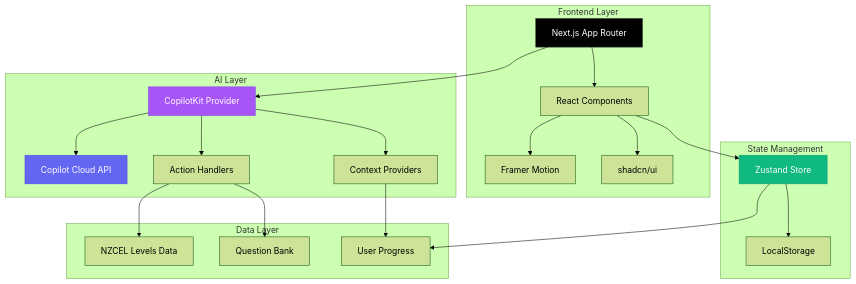
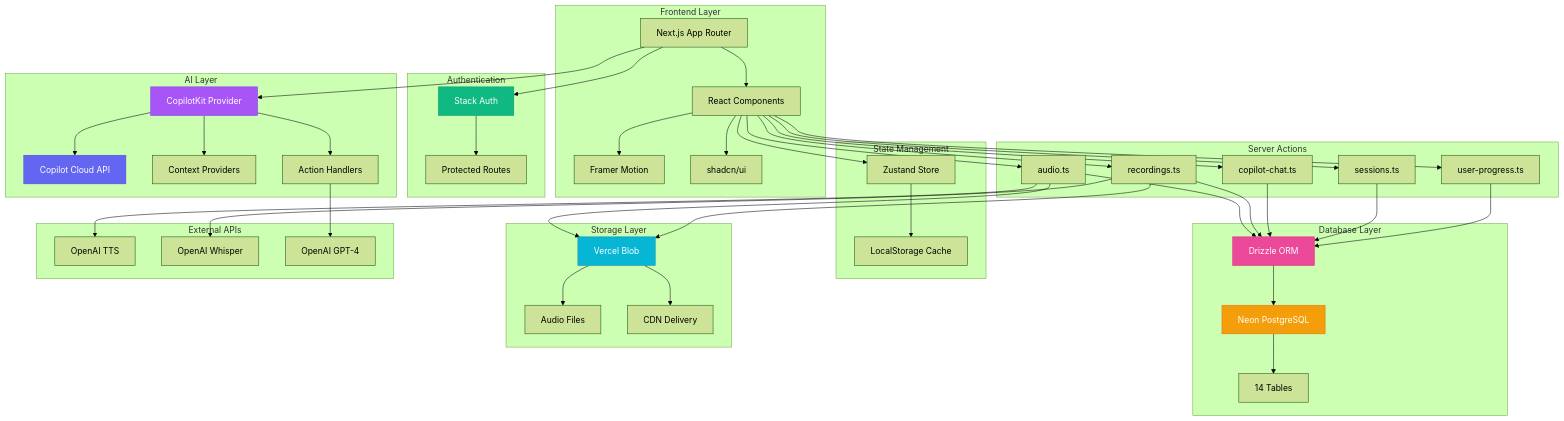
Before and after one commit to ChanMeng666/esol-learning-platform: the third of 12 diagrams in README.md, drawn with Mermaid (forest theme). The commit also changed other lines of this file and 2 other files, not shown here.

````diff
--- a/README.md
+++ b/README.md
@@ -134,40 +138,84 @@
         D[shadcn/ui]
     end
 
+    subgraph "Authentication"
+        E[Stack Auth]
+        F[Protected Routes]
+    end
+
     subgraph "State Management"
-        E[Zustand Store]
-        F[LocalStorage]
+        G[Zustand Store]
+        H[LocalStorage Cache]
     end
 
     subgraph "AI Layer"
-        G[CopilotKit Provider]
-        H[Copilot Cloud API]
-        I[Context Providers]
-        J[Action Handlers]
+        I[CopilotKit Provider]
+        J[Copilot Cloud API]
+        K[Context Providers]
+        L[Action Handlers]
     end
 
-    subgraph "Data Layer"
-        K[NZCEL Levels Data]
-        L[Question Bank]
-        M[User Progress]
+    subgraph "Server Actions"
+        M[audio.ts]
+        N[recordings.ts]
+        O[copilot-chat.ts]
+        P[sessions.ts]
+        Q[user-progress.ts]
+    end
+
+    subgraph "Database Layer"
+        R[Drizzle ORM]
+        S[Neon PostgreSQL]
+        T[14 Tables]
+    end
+
+    subgraph "Storage Layer"
+        U[Vercel Blob]
+        V[Audio Files]
+        W[CDN Delivery]
+    end
+
+    subgraph "External APIs"
+        X[OpenAI TTS]
+        Y[OpenAI Whisper]
+        Z[OpenAI GPT-4]
     end
 
     A --> B
     B --> C
     B --> D
-    B --> E
+    A --> E
     E --> F
-    A --> G
+    B --> G
     G --> H
-    G --> I
-    G --> J
-    I --> M
-    J --> K
-    J --> L
-    E --> M
+    A --> I
+    I --> J
+    I --> K
+    I --> L
+    B --> M
+    B --> N
+    B --> O
+    B --> P
+    B --> Q
+    M --> R
+    N --> R
+    O --> R
+    P --> R
+    Q --> R
+    R --> S
+    S --> T
+    M --> U
+    N --> U
+    U --> V
+    U --> W
+    M --> X
+    N --> Y
+    L --> Z
 
-    style G fill:#a855f7,stroke:#7c3aed,color:#fff
-    style H fill:#6366f1,stroke:#4f46e5,color:#fff
+    style I fill:#a855f7,stroke:#7c3aed,color:#fff
+    style J fill:#6366f1,stroke:#4f46e5,color:#fff
     style E fill:#10b981,stroke:#059669,color:#fff
-    style A fill:#000,stroke:#333,color:#fff
+    style R fill:#ec4899,stroke:#db2777,color:#fff
+    style S fill:#f59e0b,stroke:#d97706,color:#fff
+    style U fill:#06b6d4,stroke:#0891b2,color:#fff
 ```
````
